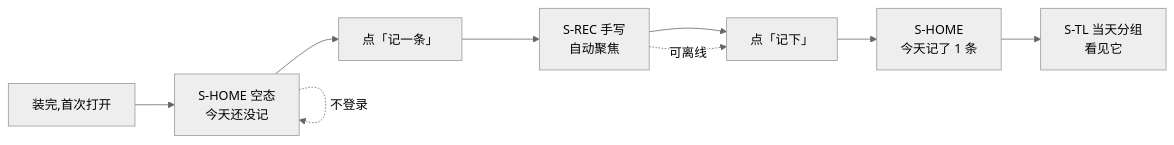
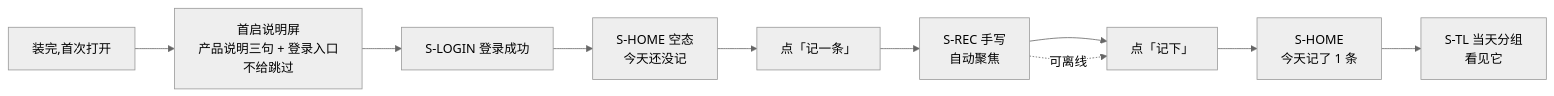
The second of 14 diagrams in docs/product/specs/端到端验收用例集.md (chenyuanjin/kubic), drawn with Mermaid (neutral theme) before and after one commit. The commit also changed other lines of this file and 15 other files, not shown here.

````diff
--- a/docs/product/specs/端到端验收用例集.md
+++ b/docs/product/specs/端到端验收用例集.md
@@ -186,9 +195,9 @@
 ```mermaid
 flowchart LR
-    A["装完,首次打开"] --> B["S-HOME 空态<br/>今天还没记"]
+    A["装完,首次打开"] --> S["首启说明屏<br/>产品说明三句 + 登录入口<br/>不给跳过"]
+    S --> L["S-LOGIN 登录成功"] --> B["S-HOME 空态<br/>今天还没记"]
     B --> C["点「记一条」"] --> D["S-REC 手写<br/>自动聚焦"]
     D --> E["点「记下」"] --> F["S-HOME<br/>今天记了 1 条"]
     F --> G["S-TL 当天分组<br/>看见它"]
-    B -.不登录.-> B
     D -.可离线.-> E
 ```
````
